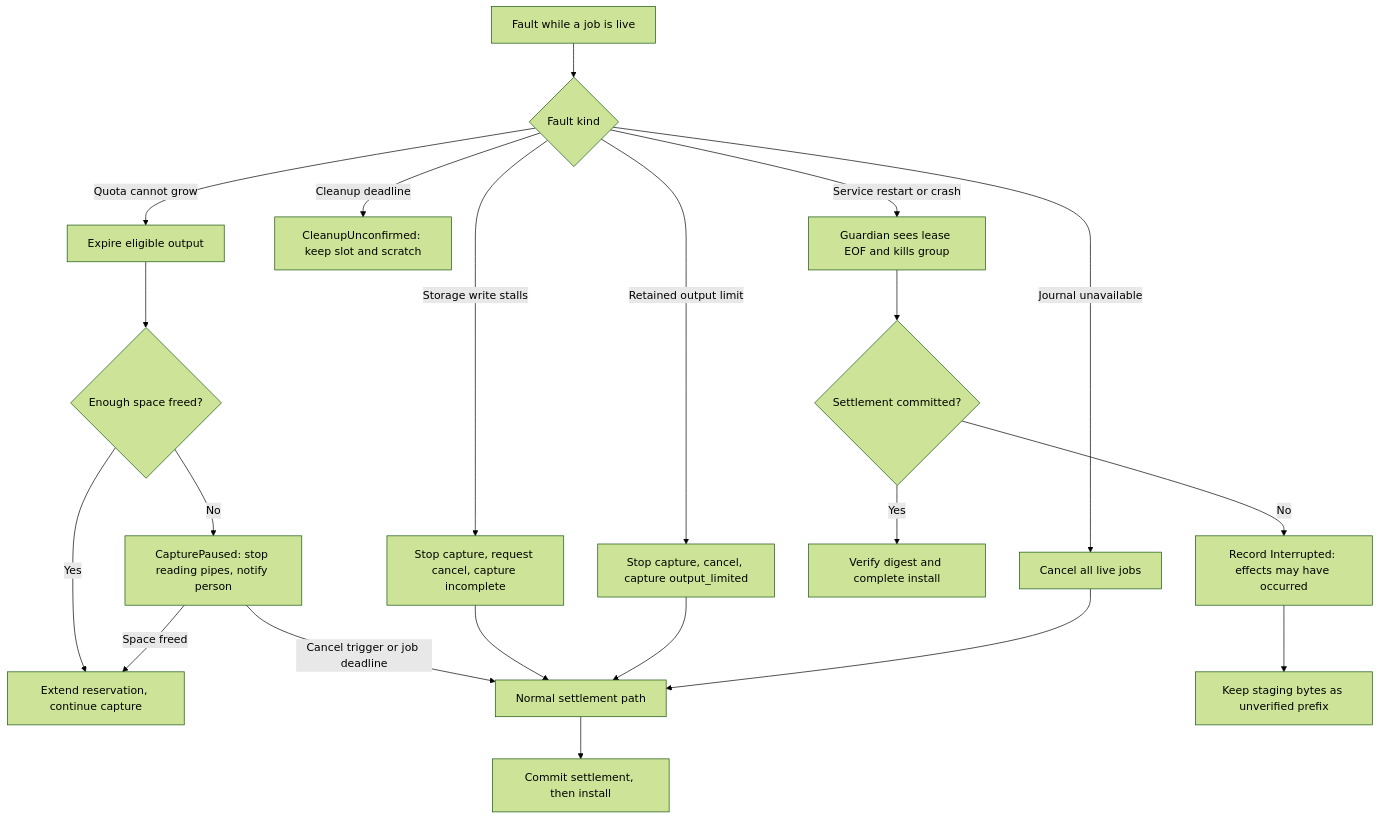
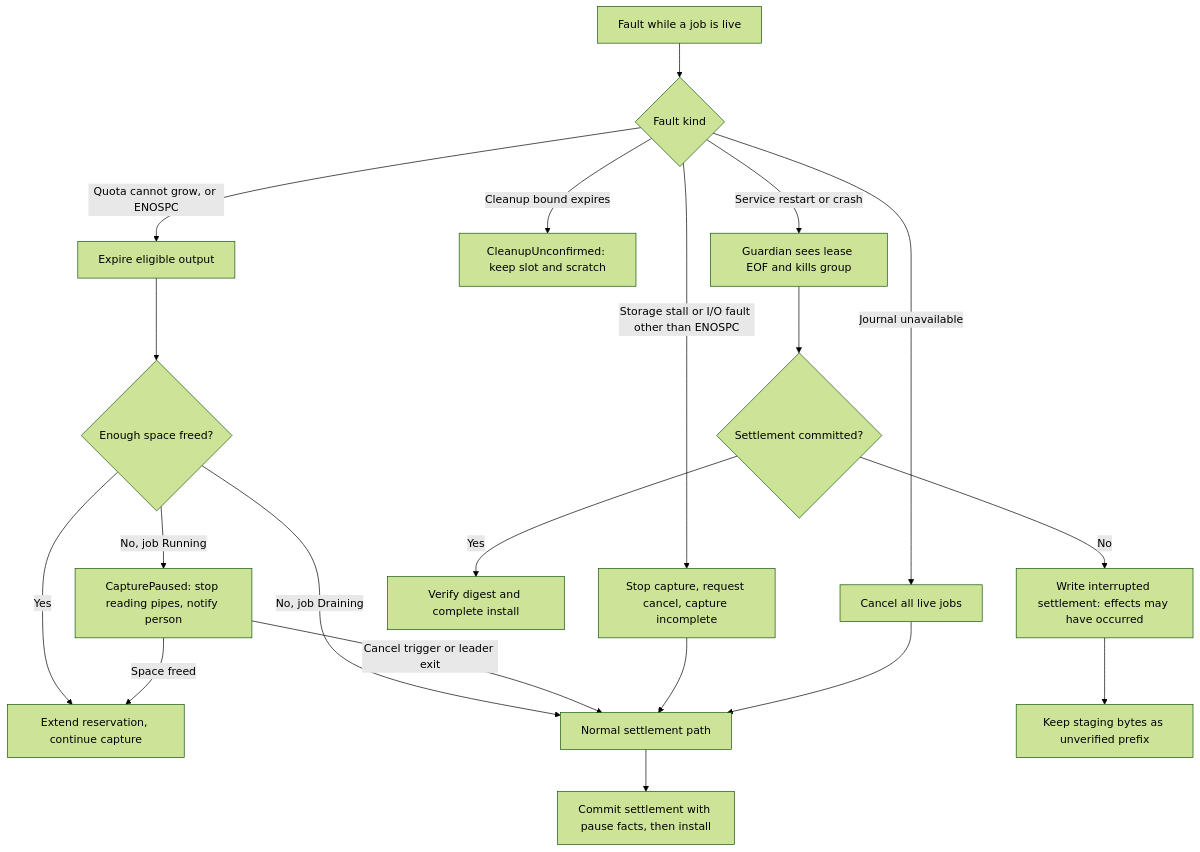
Before and after one commit to pidster/asura: the fifth of 6 diagrams in docs/designs/tool-job-controller.md, drawn with Mermaid (forest theme). The commit also changed other lines of this file and 6 other files, not shown here.

````diff
--- a/docs/designs/tool-job-controller.md
+++ b/docs/designs/tool-job-controller.md
@@ -528,23 +718,22 @@
 ```mermaid
 flowchart TD
     Fault[Fault while a job is live] --> Kind{Fault kind}
-    Kind -->|Storage write stalls| Stall[Stop capture, request cancel, capture incomplete]
-    Kind -->|Retained output limit| Limit[Stop capture, cancel, capture output_limited]
+    Kind -->|Storage stall or I/O fault other than ENOSPC| Stall[Stop capture, request cancel, capture incomplete]
     Kind -->|Journal unavailable| Unavail[Cancel all live jobs]
-    Kind -->|Quota cannot grow| Expire[Expire eligible output]
+    Kind -->|Quota cannot grow, or ENOSPC| Expire[Expire eligible output]
     Expire --> Freed{Enough space freed?}
     Freed -->|Yes| Continue[Extend reservation, continue capture]
-    Freed -->|No| Paused[CapturePaused: stop reading pipes, notify person]
+    Freed -->|No, job Running| Paused[CapturePaused: stop reading pipes, notify person]
+    Freed -->|No, job Draining| Settle
     Paused -->|Space freed| Continue
-    Paused -->|Cancel trigger or job deadline| Settle
-    Kind -->|Cleanup deadline| Unconf[CleanupUnconfirmed: keep slot and scratch]
+    Paused -->|Cancel trigger or leader exit| Settle
+    Kind -->|Cleanup bound expires| Unconf[CleanupUnconfirmed: keep slot and scratch]
     Kind -->|Service restart or crash| Restart[Guardian sees lease EOF and kills group]
     Stall --> Settle[Normal settlement path]
-    Limit --> Settle
     Unavail --> Settle
-    Settle --> Recorded[Commit settlement, then install]
+    Settle --> Recorded[Commit settlement with pause facts, then install]
     Restart --> Replay{Settlement committed?}
     Replay -->|Yes| Install[Verify digest and complete install]
-    Replay -->|No| Interrupted[Record Interrupted: effects may have occurred]
+    Replay -->|No| Interrupted[Write interrupted settlement: effects may have occurred]
     Interrupted --> Partial[Keep staging bytes as unverified prefix]
 ```
````
